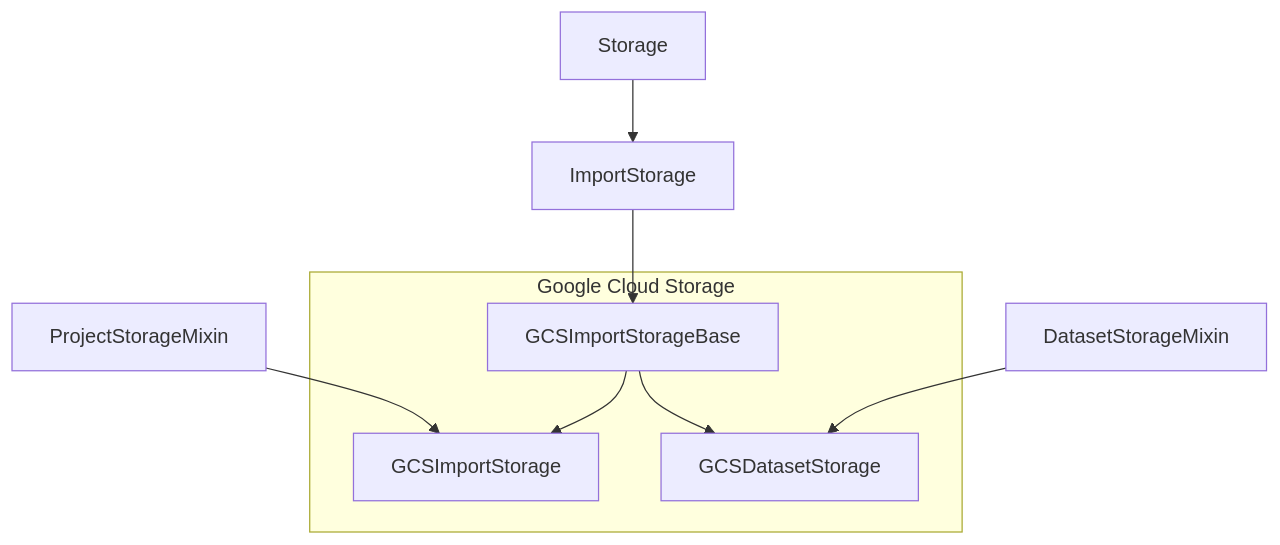
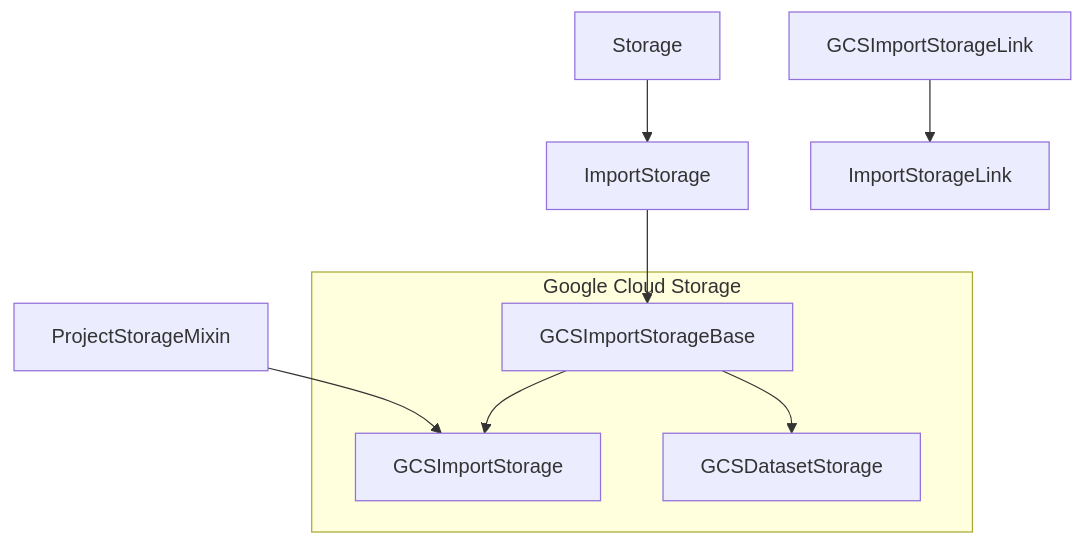
One commit to OpenCSGs/label-studio changed the first of 3 diagrams in label_studio/io_storages/README.md. Above: the diagram before and after it, drawn with Mermaid. The commit also changed other lines of this file and 1799 other files, not shown here.

````diff
--- a/label_studio/io_storages/README.md
+++ b/label_studio/io_storages/README.md
@@ -20,19 +20,19 @@
 ```mermaid
     graph TD;
     
     Storage-->ImportStorage;
     
     ProjectStorageMixin-->GCSImportStorage;
     ImportStorage-->GCSImportStorageBase;
 
     GCSImportStorageBase-->GCSImportStorage; 
     GCSImportStorageBase-->GCSDatasetStorage;
 
-    DatasetStorageMixin-->GCSDatasetStorage;
+    GCSImportStorageLink-->ImportStorageLink
 
     subgraph Google Cloud Storage
         GCSImportStorage;
         GCSImportStorageBase;
         GCSDatasetStorage;
     end
 ```
````
